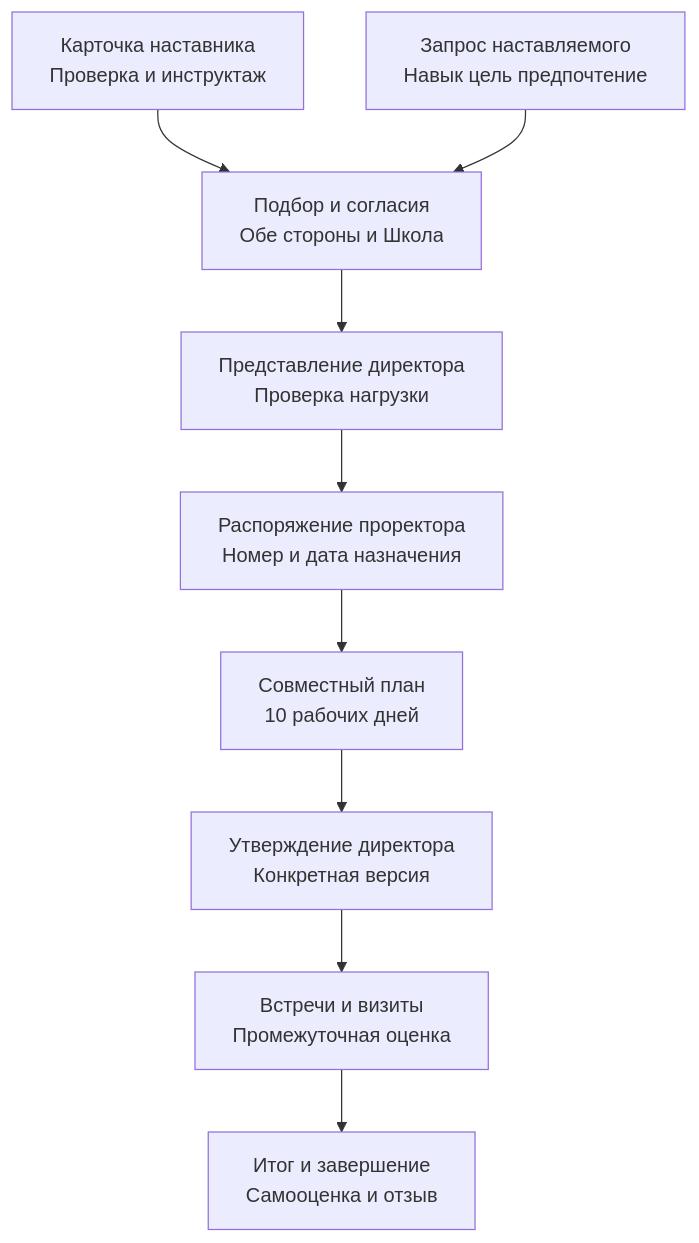
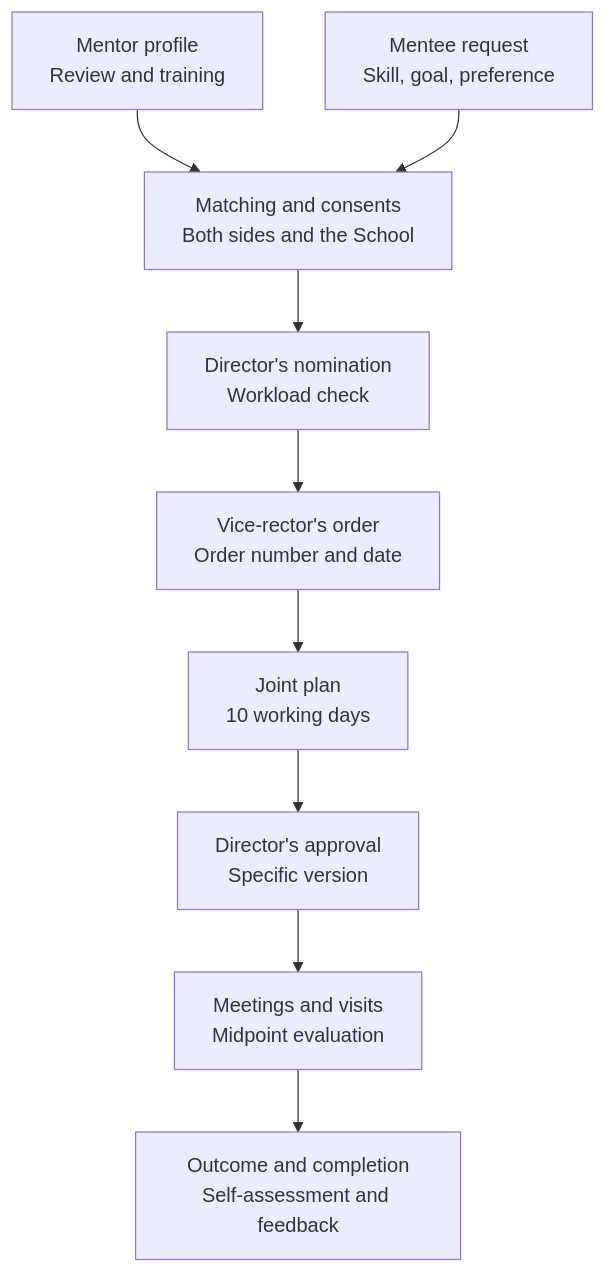
Before and after one commit to krna-tul/Diploma_Project_TulegenovaKM: the diagram in docs/diagrams/source/workflow.mmd, drawn with Mermaid. The commit also changed 30 other files, not shown here.

```diff
--- a/docs/diagrams/source/workflow.mmd
+++ b/docs/diagrams/source/workflow.mmd
@@ -1,18 +1,18 @@
 flowchart TB
-  n0["Карточка наставника<br/>Проверка и инструктаж"]
-  n1["Запрос наставляемого<br/>Навык цель предпочтение"]
-  n2["Подбор и согласия<br/>Обе стороны и Школа"]
-  n3["Представление директора<br/>Проверка нагрузки"]
-  n4["Распоряжение проректора<br/>Номер и дата назначения"]
-  n5["Совместный план<br/>10 рабочих дней"]
-  n6["Утверждение директора<br/>Конкретная версия"]
-  n7["Встречи и визиты<br/>Промежуточная оценка"]
-  n8["Итог и завершение<br/>Самооценка и отзыв"]
+  n0["Mentor profile<br/>Review and training"]
+  n1["Mentee request<br/>Skill, goal, preference"]
+  n2["Matching and consents<br/>Both sides and the School"]
+  n3["Director's nomination<br/>Workload check"]
+  n4["Vice-rector's order<br/>Order number and date"]
+  n5["Joint plan<br/>10 working days"]
+  n6["Director's approval<br/>Specific version"]
+  n7["Meetings and visits<br/>Midpoint evaluation"]
+  n8["Outcome and completion<br/>Self-assessment and feedback"]
   n0 --> n2
   n1 --> n2
   n2 --> n3
   n3 --> n4
   n4 --> n5
   n5 --> n6
   n6 --> n7
   n7 --> n8
```
